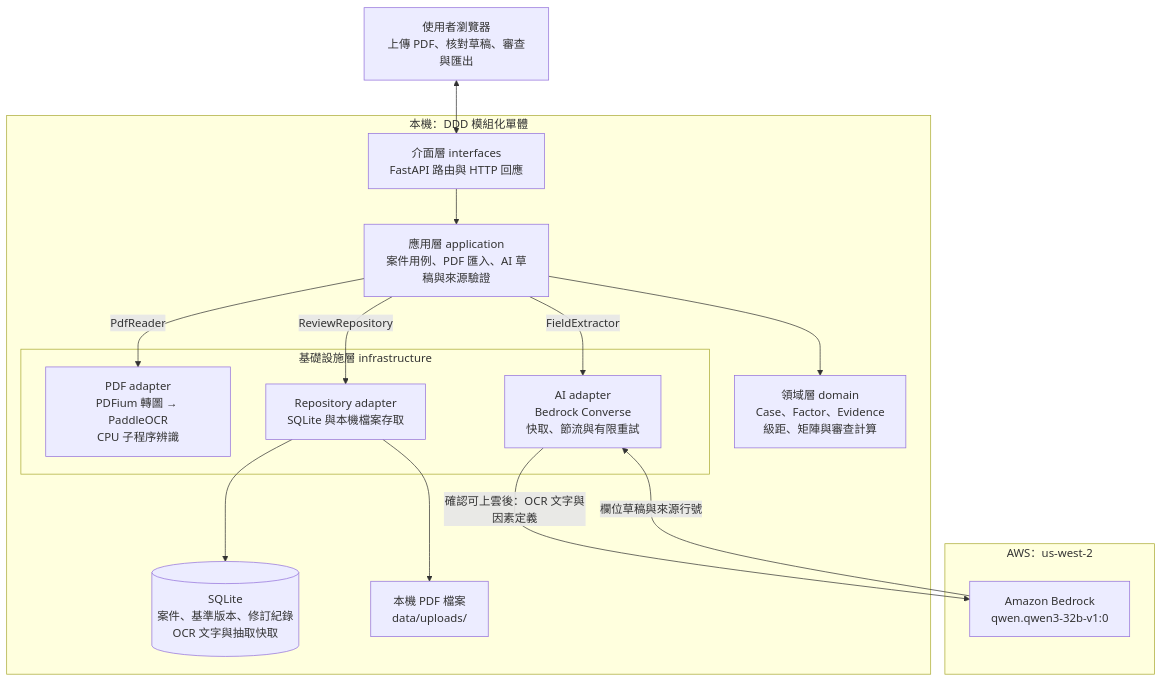
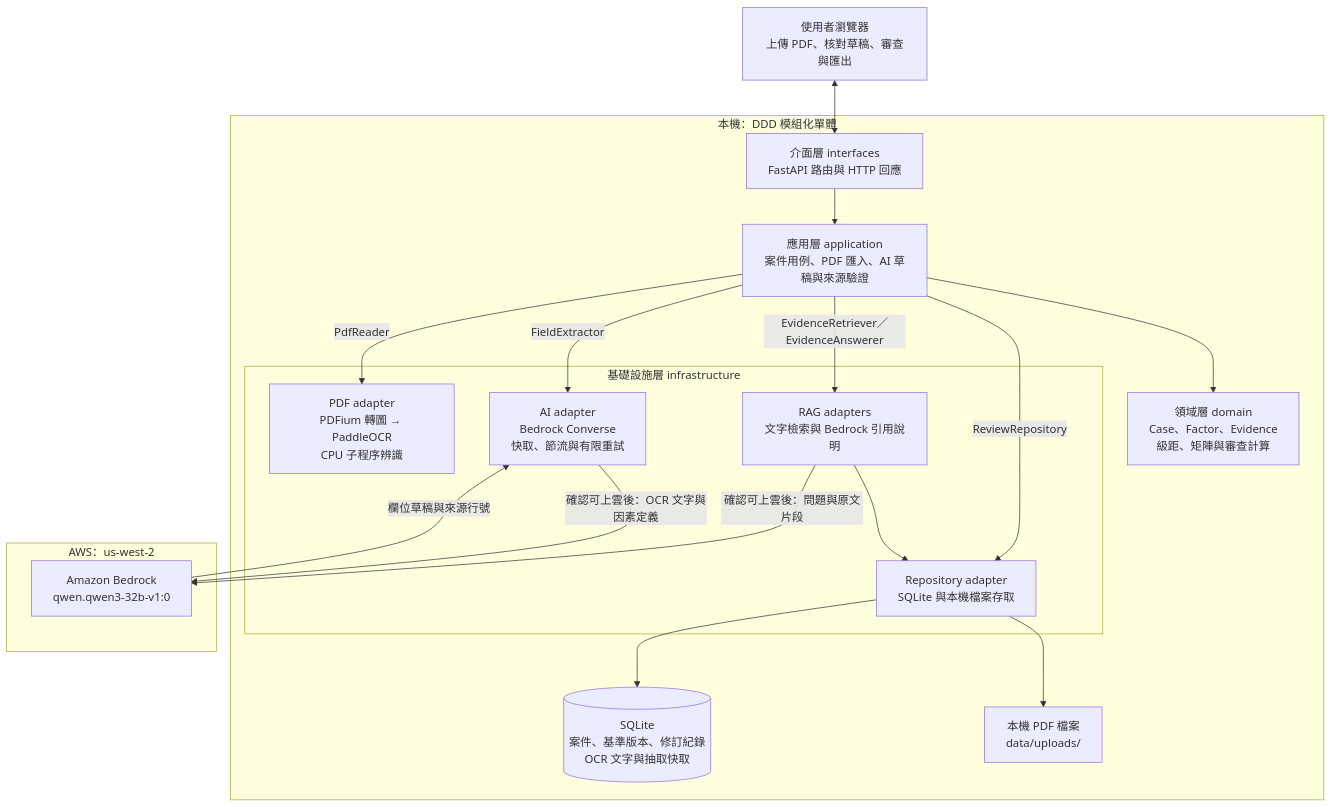
Before and after one commit to ChenYi0725/hackathon: the first of 3 diagrams in README.md, drawn with Mermaid. The commit also changed other lines of this file and 20 other files, not shown here.

Commit message:
feat: add scoped evidence RAG with cited Bedrock explanations

````diff
--- a/README.md
+++ b/README.md
@@ -13,34 +13,38 @@
 ```mermaid
 flowchart TB
     USER["使用者瀏覽器<br/>上傳 PDF、核對草稿、審查與匯出"]
 
     subgraph LOCAL["本機：DDD 模組化單體"]
         HTTP["介面層 interfaces<br/>FastAPI 路由與 HTTP 回應"]
         APP["應用層 application<br/>案件用例、PDF 匯入、AI 草稿與來源驗證"]
         DOMAIN["領域層 domain<br/>Case、Factor、Evidence<br/>級距、矩陣與審查計算"]
 
         subgraph INFRA["基礎設施層 infrastructure"]
             OCR["PDF adapter<br/>PDFium 轉圖 → PaddleOCR<br/>CPU 子程序辨識"]
             AI["AI adapter<br/>Bedrock Converse<br/>快取、節流與有限重試"]
+            RAG["RAG adapters<br/>文字檢索與 Bedrock 引用說明"]
             REPO["Repository adapter<br/>SQLite 與本機檔案存取"]
         end
 
         DB[("SQLite<br/>案件、基準版本、修訂紀錄<br/>OCR 文字與抽取快取")]
         FILES["本機 PDF 檔案<br/>data/uploads/"]
     end
 
     subgraph CLOUD["AWS：us-west-2"]
         MODEL["Amazon Bedrock<br/>qwen.qwen3-32b-v1:0"]
     end
 
     USER <--> HTTP
     HTTP --> APP
     APP --> DOMAIN
     APP -->|PdfReader| OCR
     APP -->|FieldExtractor| AI
     APP -->|ReviewRepository| REPO
+    APP -->|EvidenceRetriever／EvidenceAnswerer| RAG
+    RAG --> REPO
+    RAG -->|確認可上雲後：問題與原文片段| MODEL
     REPO --> DB
     REPO --> FILES
     AI -->|確認可上雲後：OCR 文字與因素定義| MODEL
     MODEL -->|欄位草稿與來源行號| AI
 ```
````
